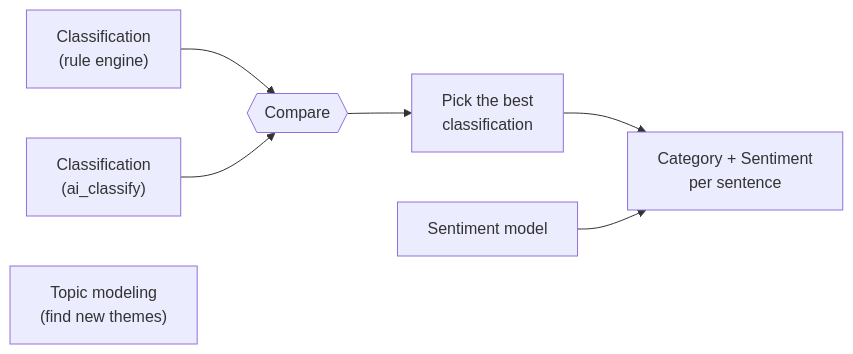
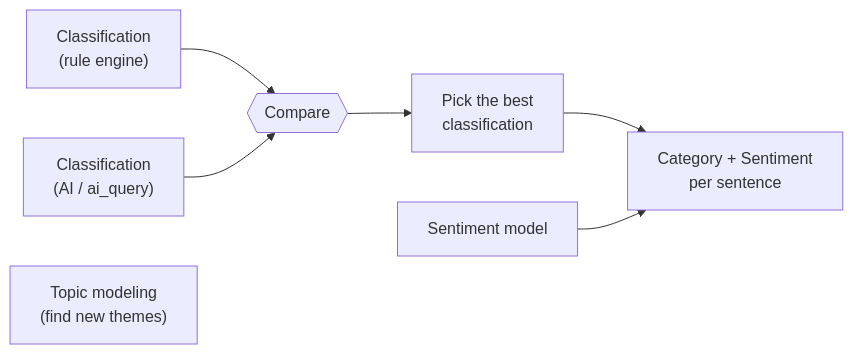
The first of 2 diagrams in README.md (dariakrasavina/GM_VOC), drawn with Mermaid before and after one commit. The commit also changed other lines of this file and 13 other files, not shown here.

````diff
--- a/README.md
+++ b/README.md
@@ -36,14 +36,14 @@
 ```mermaid
 flowchart LR
     RE["Classification<br/>(rule engine)"]
-    AI["Classification<br/>(ai_classify)"]
+    AI["Classification<br/>(AI / ai_query)"]
     CMP{{"Compare"}}
     TM["Topic modeling<br/>(find new themes)"]
     SENT["Sentiment model"]
 
     RE --> CMP
     AI --> CMP
     CMP --> PICK["Pick the best<br/>classification"]
     PICK --> COMBO["Category + Sentiment<br/>per sentence"]
     SENT --> COMBO
 ```
````
